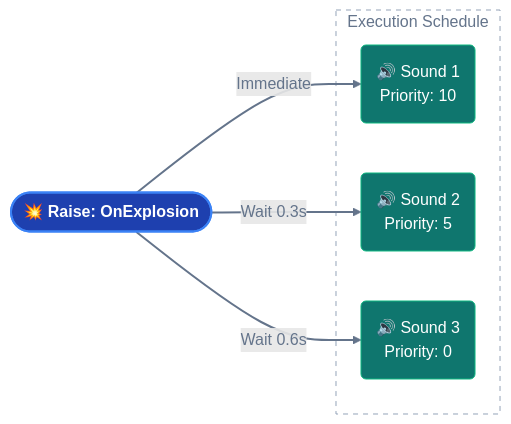
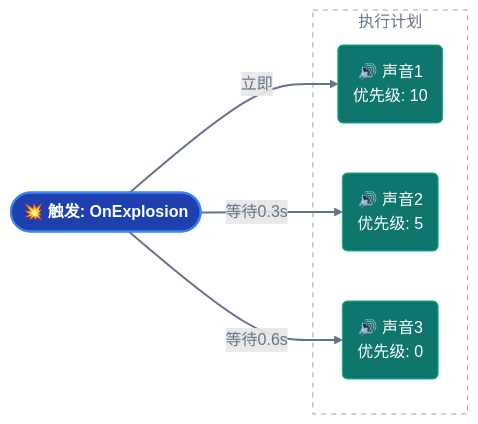
The fifth of 6 diagrams in i18n/zh/docusaurus-plugin-content-docs/current/game-event-system/flow-graph/game-event-node-behavior.md (tinygiants-tech/TinyGiants), drawn with Mermaid before and after one commit. The commit also changed other lines of this file and 4 other files, not shown here.

Commit message:
修复文档页图像高亮的样式丢失问题

````diff
--- a/i18n/zh/docusaurus-plugin-content-docs/current/game-event-system/flow-graph/game-event-node-behavior.md
+++ b/i18n/zh/docusaurus-plugin-content-docs/current/game-event-system/flow-graph/game-event-node-behavior.md
@@ -534,22 +518,22 @@
 ```mermaid
 graph LR
 
-	ROOT(["💥 Raise: OnExplosion"]):::trigger
+	ROOT(["💥 触发: OnExplosion"]):::trigger
 
-    ROOT -->|Immediate| S1("🔊 Sound 1 <br/> Priority: 10"):::action
-    ROOT -->|Wait 0.3s| S2("🔊 Sound 2 <br/> Priority: 5"):::action
-    ROOT -->|Wait 0.6s| S3("🔊 Sound 3 <br/> Priority: 0"):::action
+    ROOT -->|立即| S1("🔊 声音1 <br/> 优先级: 10"):::action
+    ROOT -->|等待0.3s| S2("🔊 声音2 <br/> 优先级: 5"):::action
+    ROOT -->|等待0.6s| S3("🔊 声音3 <br/> 优先级: 0"):::action
 
-    subgraph Timeline ["Execution Schedule"]
+    subgraph Timeline ["执行计划"]
     S1
     S2
     S3
     end
 
     classDef trigger fill:#1e40af,stroke:#3b82f6,stroke-width:2px,color:#ffffff,font-weight:bold
     classDef action fill:#0f766e,stroke:#10b981,stroke-width:1px,color:#ffffff
 
     style Timeline fill:none,stroke:#94a3b8,stroke-dasharray: 5 5,color:#64748b
     
     linkStyle default stroke:#64748b,stroke-width:2px,color:#64748b
 ```
````
